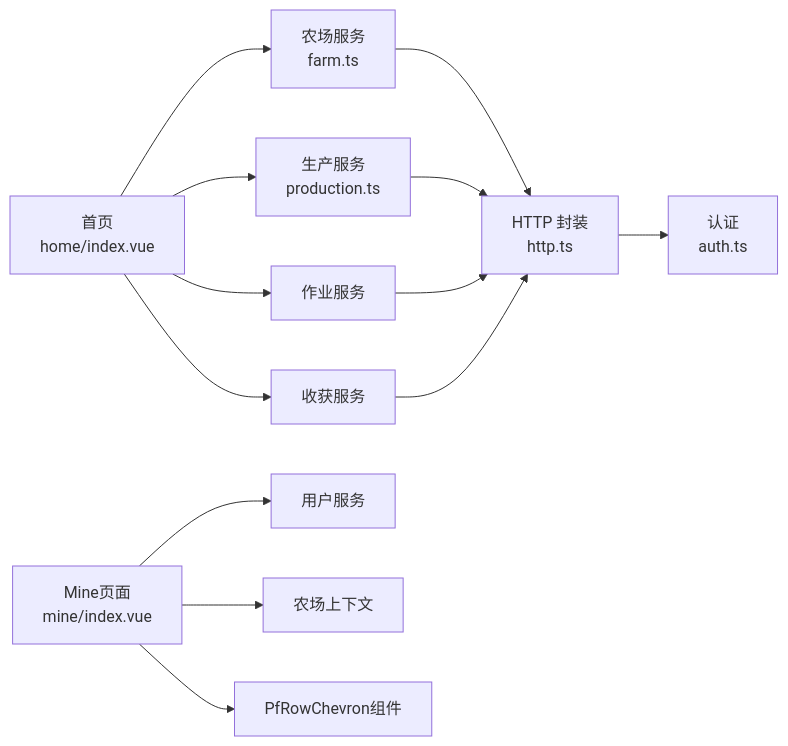
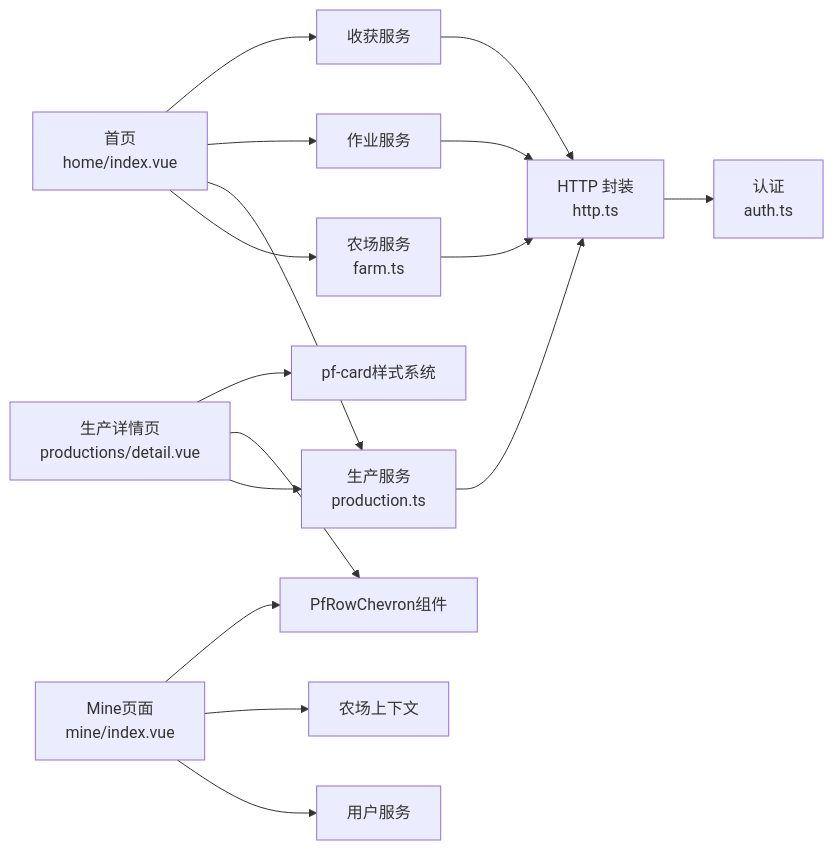
The seventh of 7 diagrams in .qoder/repowiki/zh/content/前端应用/前端应用.md (wungjyan/pocket-farm), drawn with Mermaid before and after one commit. The commit also changed other lines of this file and 120 other files, not shown here.

````diff
--- a/.qoder/repowiki/zh/content/前端应用/前端应用.md
+++ b/.qoder/repowiki/zh/content/前端应用/前端应用.md
@@ -424,15 +452,18 @@
 ```mermaid
 graph LR
 Home["首页<br/>home/index.vue"] --> FarmSvc["农场服务<br/>farm.ts"]
 Home --> ProdSvc["生产服务<br/>production.ts"]
 Home --> OpSvc["作业服务"]
 Home --> HarvSvc["收获服务"]
 Mine["Mine页面<br/>mine/index.vue"] --> UserSvc["用户服务"]
 Mine --> FarmCtx["农场上下文"]
 Mine --> Chevron["PfRowChevron组件"]
+ProdDetail["生产详情页<br/>productions/detail.vue"] --> ProdSvc
+ProdDetail --> Chevron
+ProdDetail --> CardSystem["pf-card样式系统"]
 FarmSvc --> Http["HTTP 封装<br/>http.ts"]
 ProdSvc --> Http
 OpSvc --> Http
 HarvSvc --> Http
 Http --> Auth["认证<br/>auth.ts"]
 ```
````
